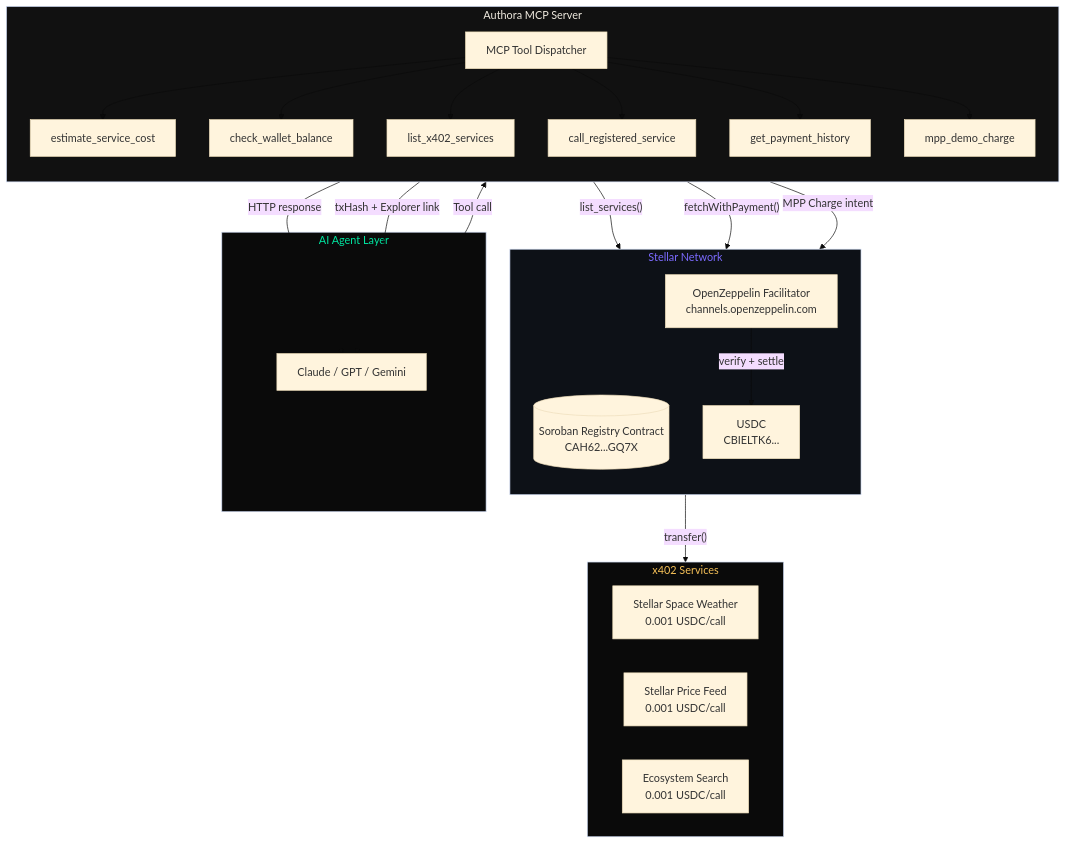
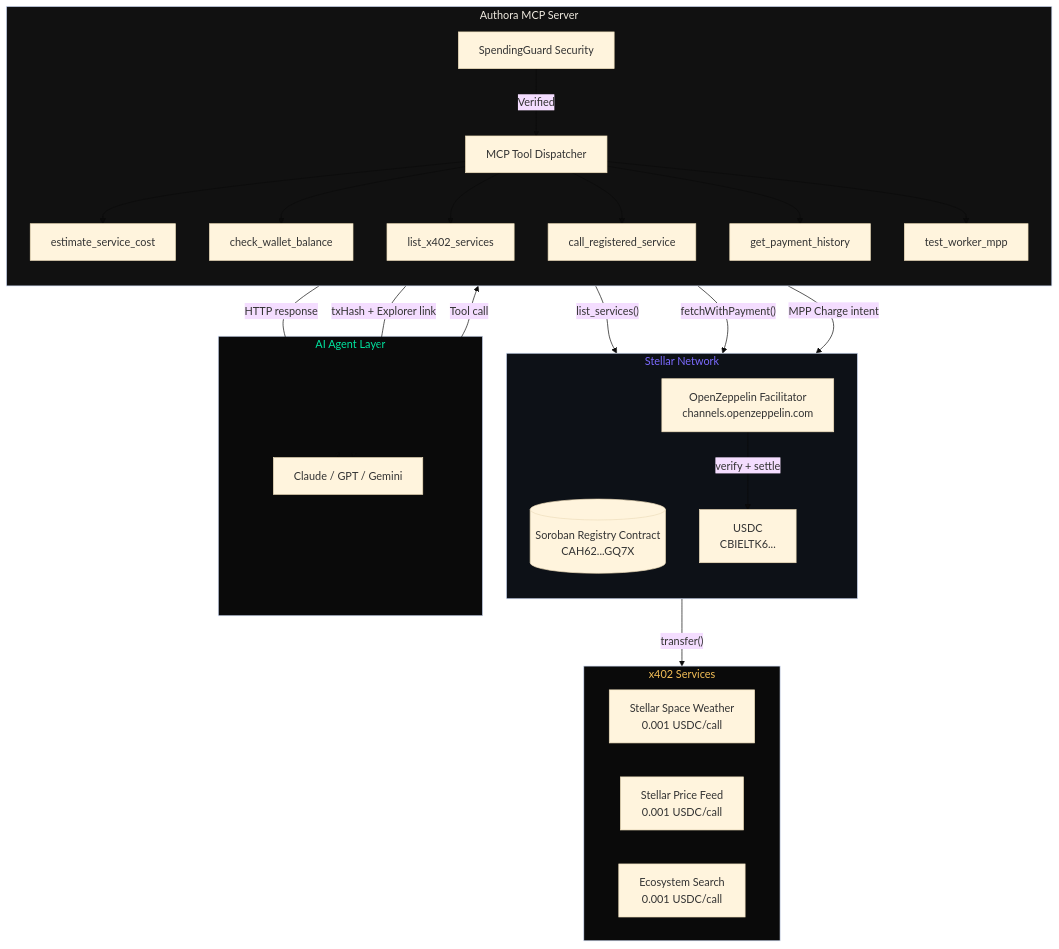
The diagram in README.md (NikhilRaikwar/Authora), drawn with Mermaid (base theme) before and after one commit. The commit also changed other lines of this file, not shown here.

Commit message:
Autora Final: All sections refined and verified

````diff
--- a/README.md
+++ b/README.md
@@ -47,45 +48,47 @@
 ```mermaid
 graph TB
     subgraph AI["AI Agent Layer"]
         C[Claude / GPT / Gemini]
     end
     
     subgraph MCP["Authora MCP Server"]
         direction TB
         M[MCP Tool Dispatcher]
         E[estimate_service_cost]
         W[check_wallet_balance]
         L[list_x402_services]
         CALL[call_registered_service]
         PH[get_payment_history]
-        MPP[mpp_demo_charge]
+        GUARD[SpendingGuard Security]
+        MPP[test_worker_mpp]
     end
     
     subgraph STELLAR["Stellar Network"]
         direction TB
         REG[("Soroban Registry Contract\nCAH62...GQ7X")]
         USDC["USDC\nCBIELTK6..."]
         OZ["OpenZeppelin Facilitator\nchannels.openzeppelin.com"]
     end
     
     subgraph SERVICES["x402 Services"]
         S1["Stellar Space Weather\n0.001 USDC/call"]
         S2["Stellar Price Feed\n0.001 USDC/call"]
         S3["Ecosystem Search\n0.001 USDC/call"]
     end
     
-    C -->|"Tool call"| M
+    C -->|"Tool call"| GUARD
+    GUARD -->|"Verified"| M
     M --> E & W & L & CALL & PH & MPP
     L -->|"list_services()"| REG
     CALL -->|"fetchWithPayment()"| OZ
     OZ -->|"verify + settle"| USDC
     USDC -->|"transfer()"| SERVICES
     CALL -->|"HTTP response"| C
     PH -->|"txHash + Explorer link"| C
     MPP -->|"MPP Charge intent"| STELLAR
     
     style AI fill:#0a0a0a,color:#00e5a0
     style MCP fill:#111,color:#f0ebe0
     style STELLAR fill:#0d1117,color:#7c6bff
     style SERVICES fill:#0a0a0a,color:#f5c058
 ```
````
